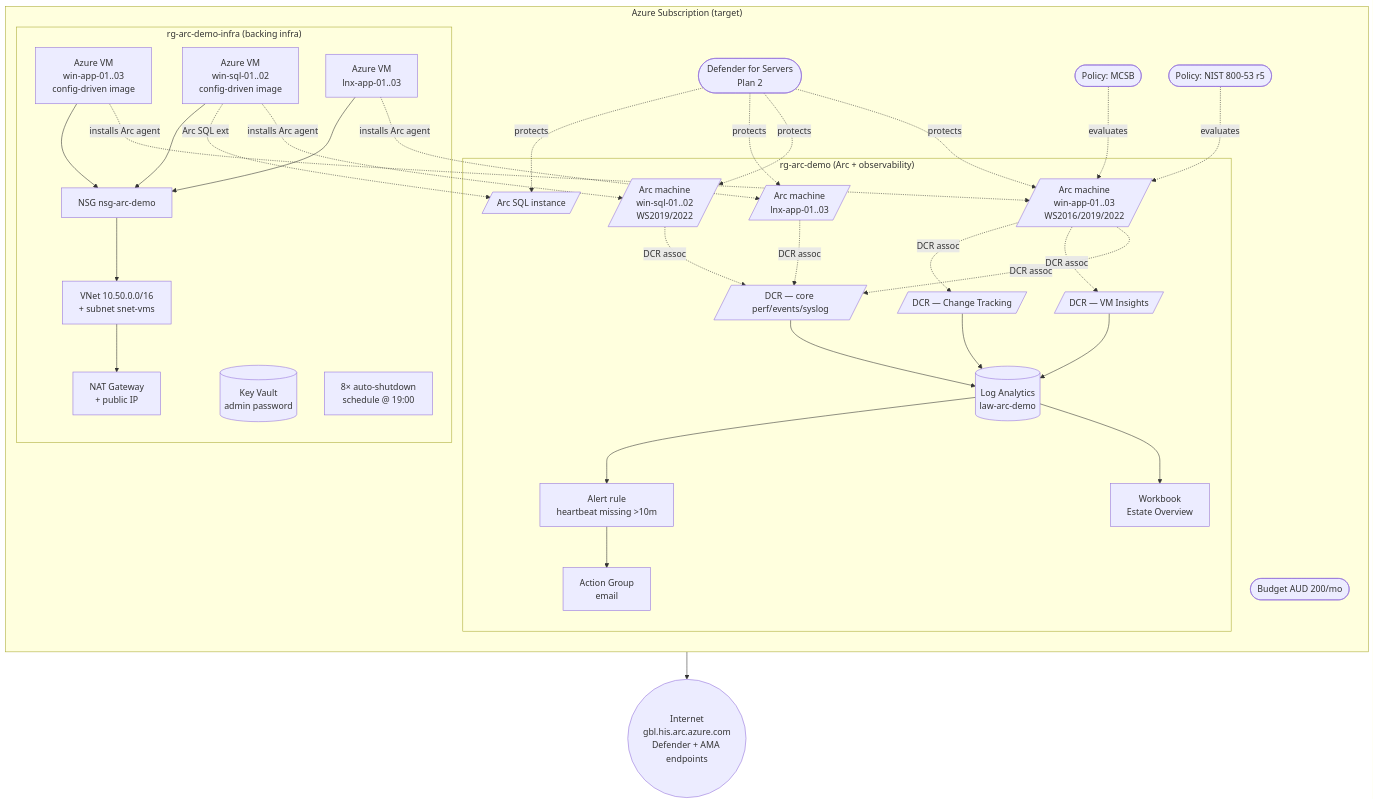
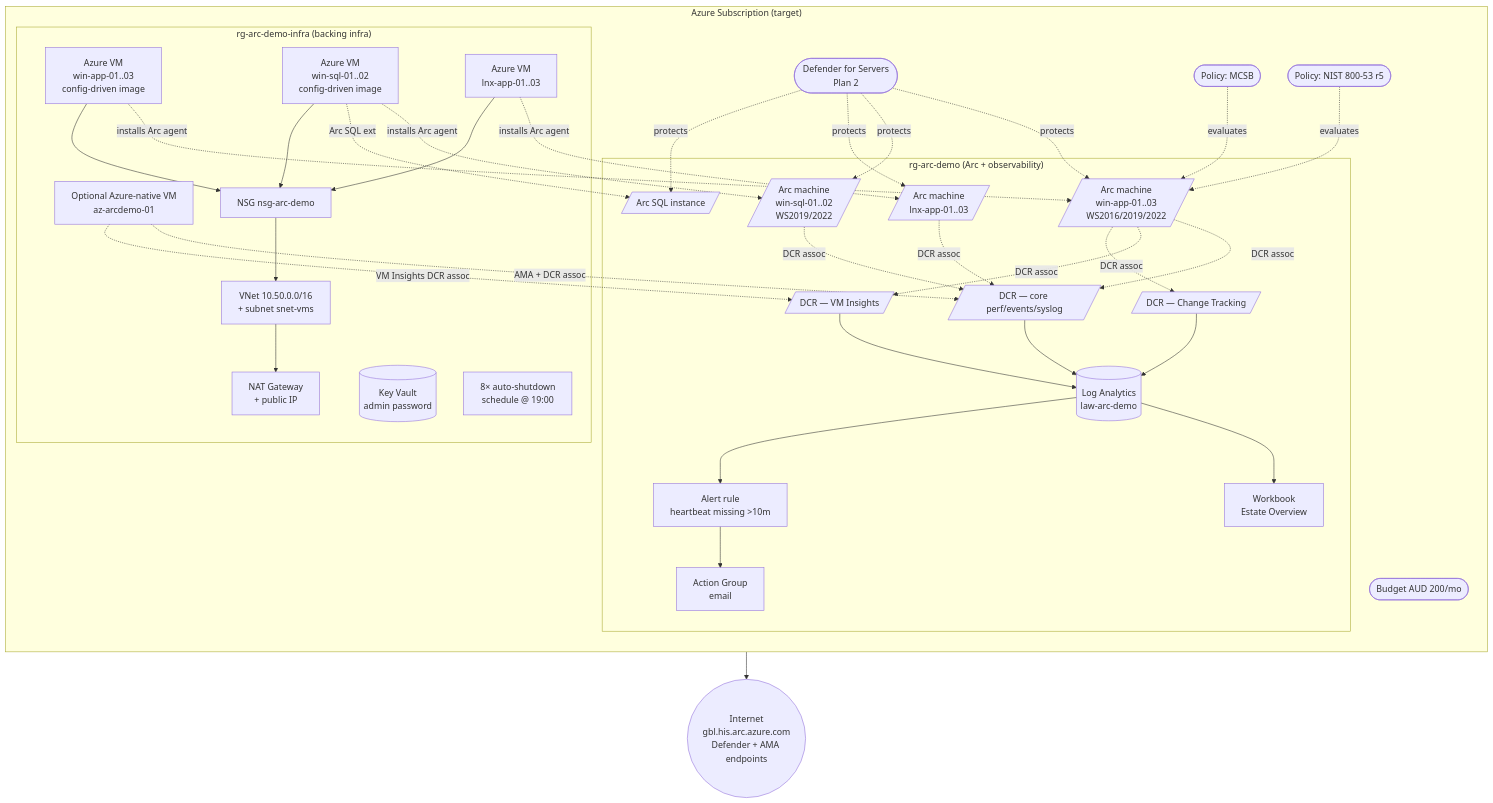
Before and after one commit to corey-skapin/arc-demo: the diagram in docs/architecture.md, drawn with Mermaid. The commit also changed other lines of this file and 4 other files, not shown here.

Commit message:
Implement optional Azure-native VM workload

````diff
--- a/docs/architecture.md
+++ b/docs/architecture.md
@@ -7,70 +7,74 @@
 ```mermaid
 flowchart TB
     subgraph sub["Azure Subscription (target)"]
         direction TB
 
         subgraph rg_arc["rg-arc-demo (Arc + observability)"]
             LAW[("Log Analytics<br/>law-arc-demo")]
             DCR1[/DCR — core perf/events/syslog/]
             DCR2[/DCR — VM Insights/]
             DCR3[/DCR — Change Tracking/]
             WB[Workbook<br/>Estate Overview]
             AG[Action Group<br/>email]
             AR[Alert rule<br/>heartbeat missing >10m]
             ARC1[/Arc machine<br/>win-app-01..03<br/>WS2016/2019/2022/]
             ARC2[/Arc machine<br/>win-sql-01..02<br/>WS2019/2022/]
             ARC3[/Arc machine<br/>lnx-app-01..03/]
             SQL1[/Arc SQL instance/]
         end
 
         subgraph rg_infra["rg-arc-demo-infra (backing infra)"]
             VNET[VNet 10.50.0.0/16<br/>+ subnet snet-vms]
             NSG[NSG nsg-arc-demo]
             NAT[NAT Gateway<br/>+ public IP]
             KV[(Key Vault<br/>admin password)]
             VM1[Azure VM<br/>win-app-01..03<br/>config-driven image]
             VM2[Azure VM<br/>win-sql-01..02<br/>config-driven image]
             VM3[Azure VM<br/>lnx-app-01..03]
+            NATIVEVM[Optional Azure-native VM<br/>az-arcdemo-01]
             SCHED[8× auto-shutdown<br/>schedule @ 19:00]
         end
 
         DEFENDER([Defender for Servers<br/>Plan 2])
         POL([Policy: MCSB])
         POL2([Policy: NIST 800-53 r5])
         BUDGET([Budget AUD 200/mo])
     end
 
     INET((Internet<br/>gbl.his.arc.azure.com<br/>Defender + AMA endpoints))
 
     VM1 -. installs Arc agent .-> ARC1
     VM2 -. installs Arc agent .-> ARC2
     VM3 -. installs Arc agent .-> ARC3
     VM2 -. Arc SQL ext .-> SQL1
 
     ARC1 -.->|DCR assoc| DCR1
     ARC2 -.->|DCR assoc| DCR1
     ARC3 -.->|DCR assoc| DCR1
     ARC1 -.->|DCR assoc| DCR2
     ARC1 -.->|DCR assoc| DCR3
 
+    NATIVEVM -.->|AMA + DCR assoc| DCR1
+    NATIVEVM -.->|VM Insights DCR assoc| DCR2
+
     DCR1 --> LAW
     DCR2 --> LAW
     DCR3 --> LAW
     LAW --> WB
     LAW --> AR
     AR --> AG
 
     VM1 --> NSG
     VM2 --> NSG
     VM3 --> NSG
     NSG --> VNET
     VNET --> NAT
     NAT --> INET
 
     DEFENDER -. protects .-> ARC1
     DEFENDER -. protects .-> ARC2
     DEFENDER -. protects .-> ARC3
     DEFENDER -. protects .-> SQL1
     POL -. evaluates .-> ARC1
     POL2 -. evaluates .-> ARC1
 ```
````
